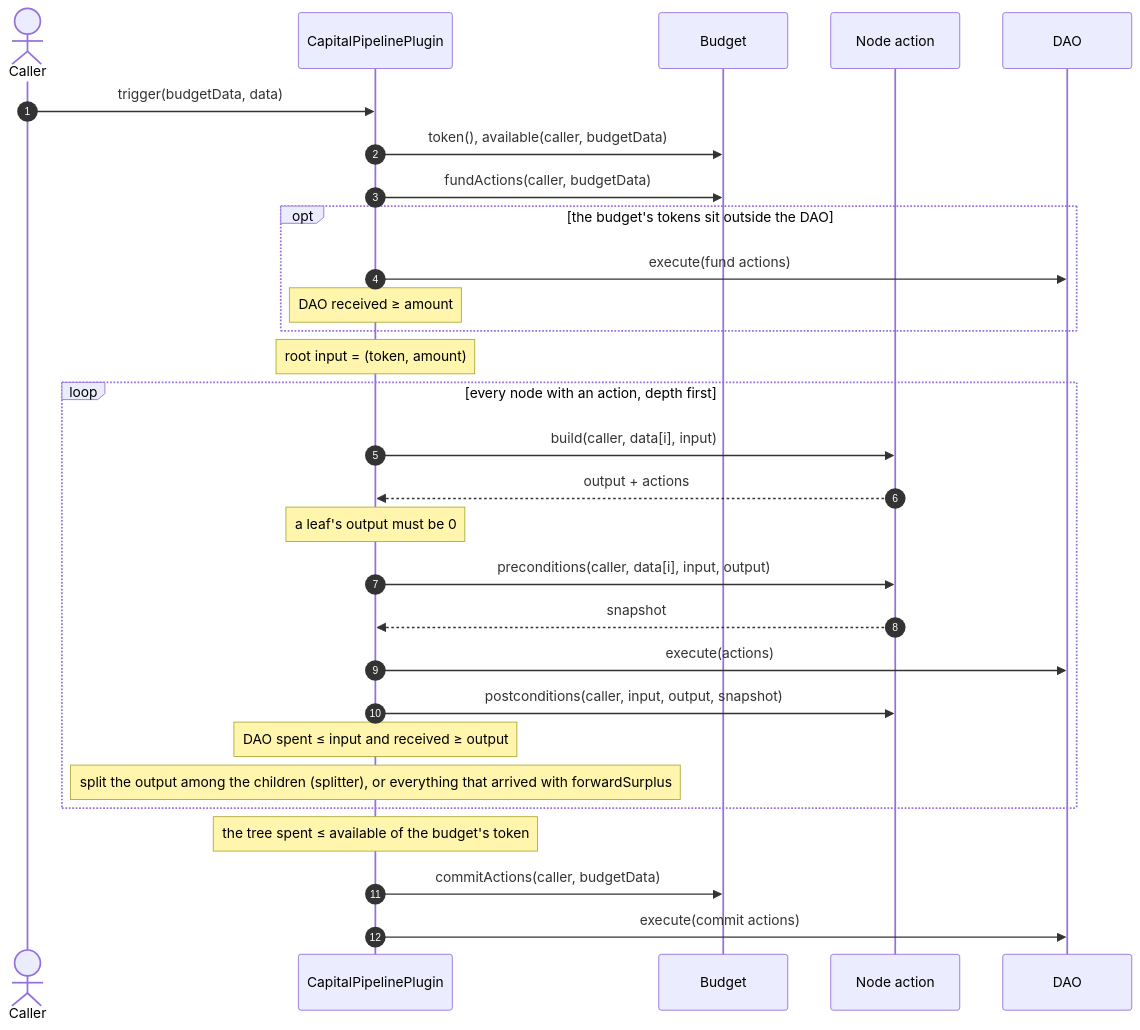
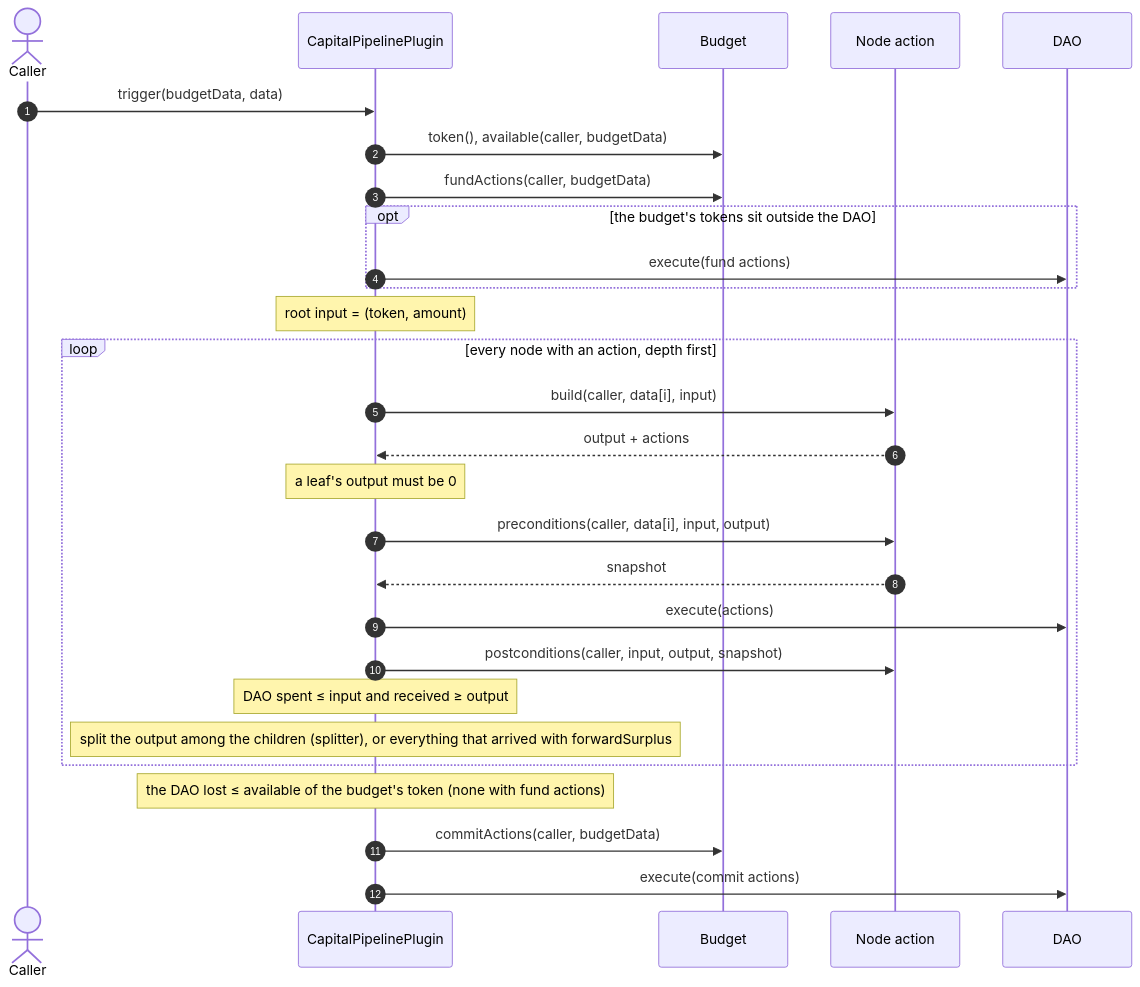
The second of 10 diagrams in README.md (antfarm-official/tree-capital), drawn with Mermaid before and after one commit. The commit also changed other lines of this file and 4 other files, not shown here.

````diff
--- a/README.md
+++ b/README.md
@@ -58,32 +58,31 @@
 ```mermaid
 sequenceDiagram
     autonumber
     actor Caller
     participant Plugin as CapitalPipelinePlugin
     participant Budget
     participant Action as Node action
     participant DAO
 
     Caller->>Plugin: trigger(budgetData, data)
     Plugin->>Budget: token(), available(caller, budgetData)
     Plugin->>Budget: fundActions(caller, budgetData)
     opt the budget's tokens sit outside the DAO
         Plugin->>DAO: execute(fund actions)
-        Note over Plugin: DAO received ≥ amount
     end
     Note over Plugin: root input = (token, amount)
     loop every node with an action, depth first
         Plugin->>Action: build(caller, data[i], input)
         Action-->>Plugin: output + actions
         Note over Plugin: a leaf's output must be 0
         Plugin->>Action: preconditions(caller, data[i], input, output)
         Action-->>Plugin: snapshot
         Plugin->>DAO: execute(actions)
         Plugin->>Action: postconditions(caller, input, output, snapshot)
         Note over Plugin: DAO spent ≤ input and received ≥ output
         Note over Plugin: split the output among the children (splitter), or everything that arrived with forwardSurplus
     end
-    Note over Plugin: the tree spent ≤ available of the budget's token
+    Note over Plugin: the DAO lost ≤ available of the budget's token (none with fund actions)
     Plugin->>Budget: commitActions(caller, budgetData)
     Plugin->>DAO: execute(commit actions)
 ```
````
